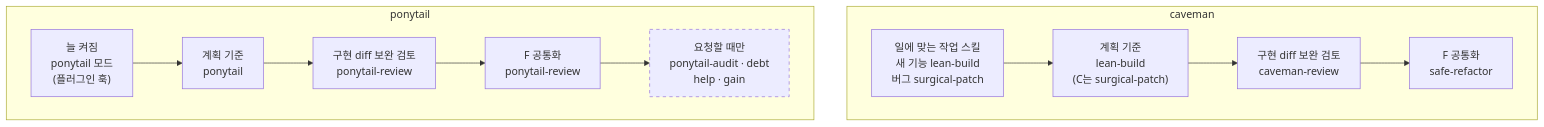
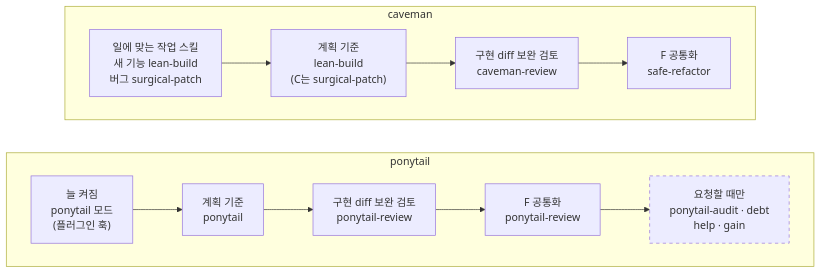
One commit to roadkwon-ai/pro-kit changed the tenth of 12 diagrams in handbook/skills/brain-flow.md. Above: the diagram before and after it, drawn with Mermaid. The commit also changed other lines of this file and 26 other files, not shown here.

````diff
--- a/handbook/skills/brain-flow.md
+++ b/handbook/skills/brain-flow.md
@@ -279,21 +291,22 @@
 ```mermaid
 ---
 config:
   flowchart:
-    wrappingWidth: 170
+    wrappingWidth: 190
 ---
 flowchart TB
   subgraph CV["caveman"]
     CV1["일에 맞는 작업 스킬<br/>새 기능 lean-build<br/>버그 surgical-patch"] --> CV2["계획 기준<br/>lean-build<br/>(C는 surgical-patch)"]
     CV2 --> CV3["구현 diff 보완 검토<br/>caveman-review"]
     CV3 --> CV4["F 공통화<br/>safe-refactor"]
   end
   subgraph PT["ponytail"]
     PT1["늘 켜짐<br/>ponytail 모드<br/>(플러그인 훅)"] --> PT2["계획 기준<br/>ponytail"]
     PT2 --> PT3["구현 diff 보완 검토<br/>ponytail-review"]
     PT3 --> PT4["F 공통화<br/>ponytail-review"]
     PT4 --> PT5["요청할 때만<br/>ponytail-audit · debt<br/>help · gain"]
   end
+  CV ~~~ PT
   classDef opt stroke-dasharray: 5 5
   class PT5 opt
 ```
````
